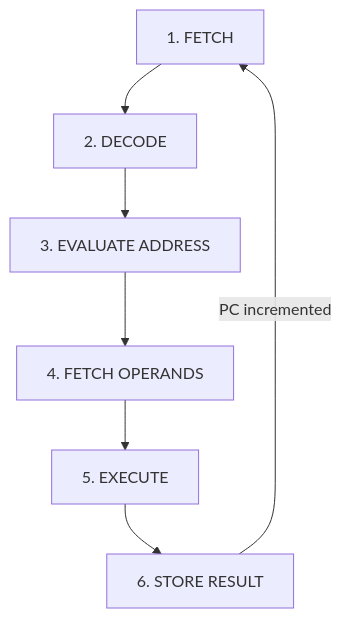
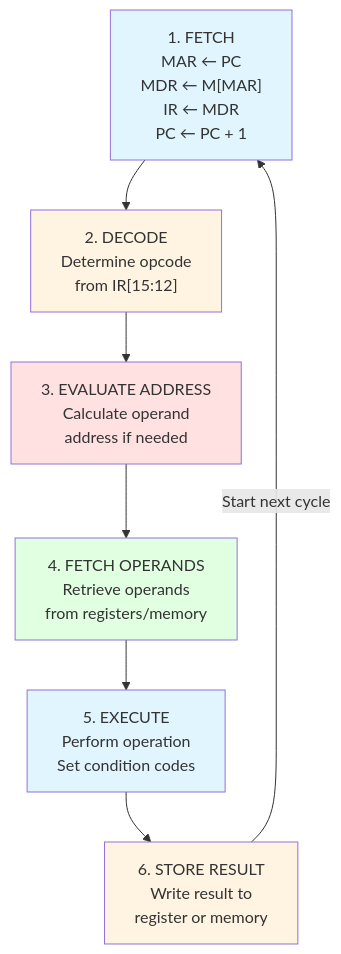
One commit to Maverick-sudo/study-notes changed the second of 10 diagrams in low-level-languages/assembly-language/assembly-notes.md. Above: the diagram before and after it, drawn with Mermaid. The commit also changed other lines of this file and 1 other file, not shown here.

Commit message:
feat: Enhanced with 8 Mermaid diagrams and 7 Important blockquotes

````diff
--- a/low-level-languages/assembly-language/assembly-notes.md
+++ b/low-level-languages/assembly-language/assembly-notes.md
@@ -68,9 +68,16 @@
 ```mermaid
 flowchart TD
-    Fetch[1. FETCH] --> Decode[2. DECODE]
-    Decode --> EvalAddr[3. EVALUATE ADDRESS]
-    EvalAddr --> FetchOp[4. FETCH OPERANDS]
-    FetchOp --> Execute[5. EXECUTE]
-    Execute --> Store[6. STORE RESULT]
-    Store --> |PC incremented| Fetch
+    Fetch["1. FETCH<br/>MAR ← PC<br/>MDR ← M[MAR]<br/>IR ← MDR<br/>PC ← PC + 1"] --> Decode["2. DECODE<br/>Determine opcode<br/>from IR[15:12]"]
+    Decode --> EvalAddr["3. EVALUATE ADDRESS<br/>Calculate operand<br/>address if needed"]
+    EvalAddr --> FetchOp["4. FETCH OPERANDS<br/>Retrieve operands<br/>from registers/memory"]
+    FetchOp --> Execute["5. EXECUTE<br/>Perform operation<br/>Set condition codes"]
+    Execute --> Store["6. STORE RESULT<br/>Write result to<br/>register or memory"]
+    Store --> |"Start next cycle"| Fetch
+    
+    style Fetch fill:#e1f5ff
+    style Decode fill:#fff4e1
+    style EvalAddr fill:#ffe1e1
+    style FetchOp fill:#e1ffe1
+    style Execute fill:#e1f5ff
+    style Store fill:#fff4e1
 ```
````
